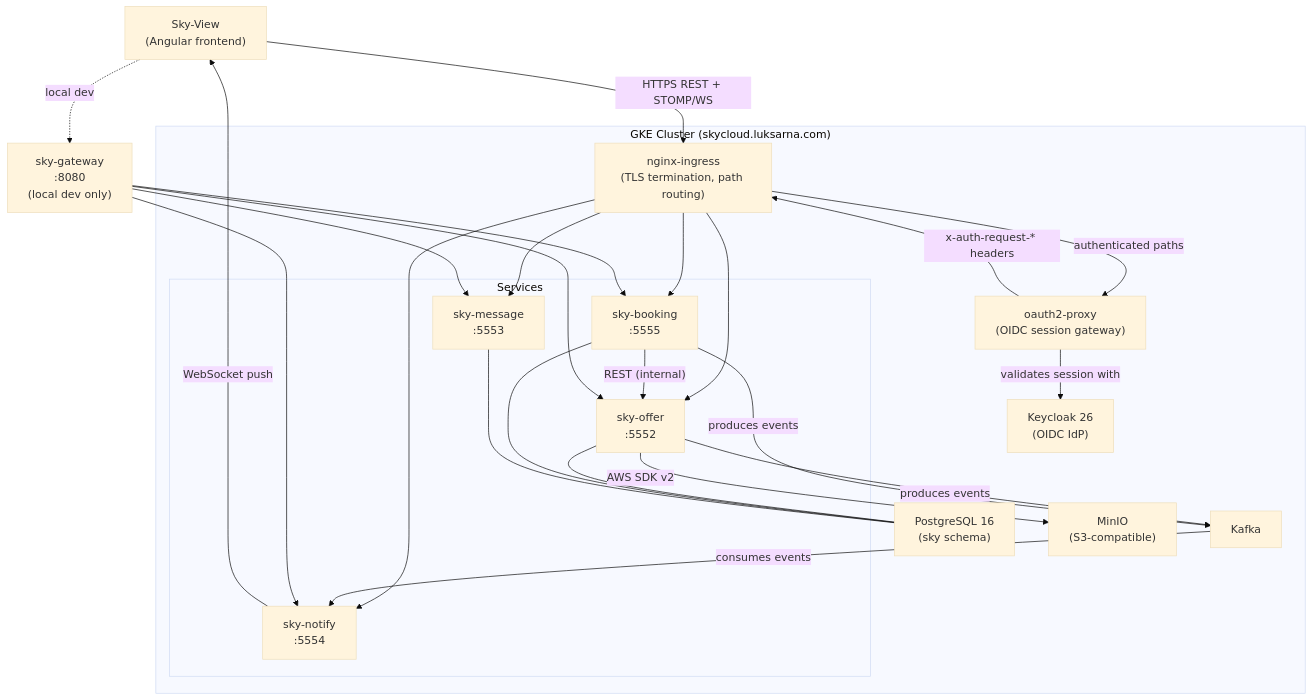
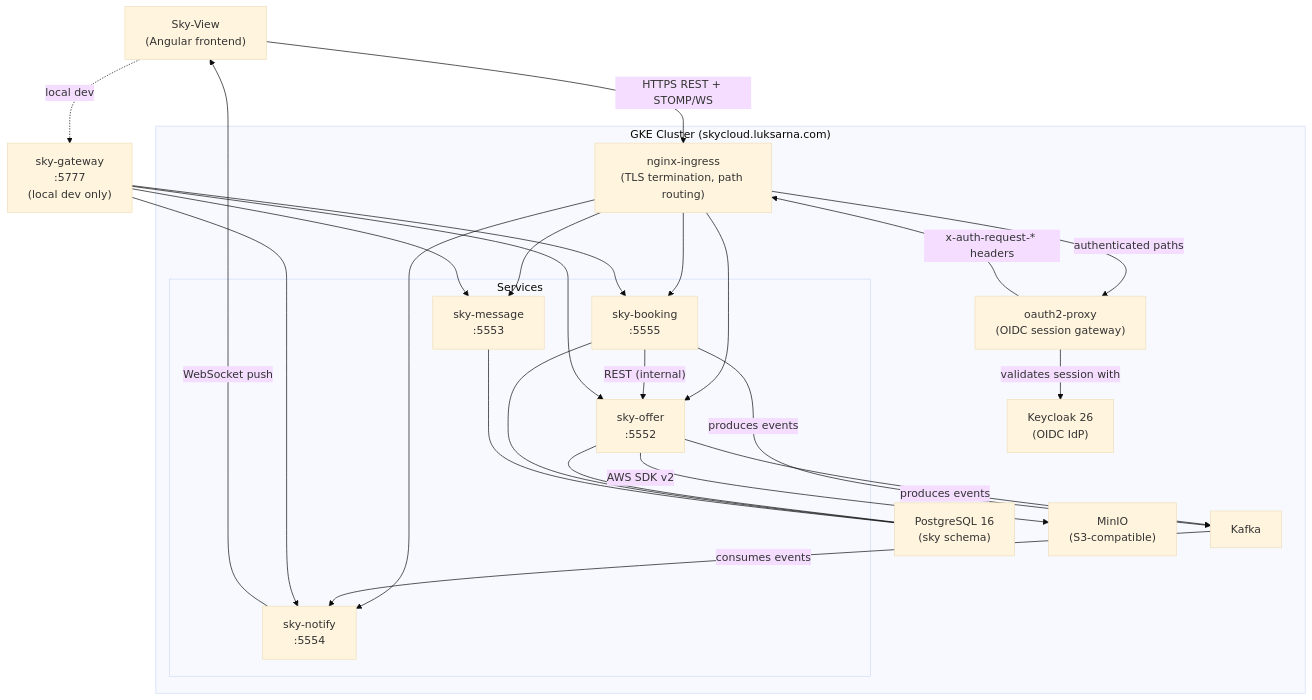
The first of 2 diagrams in README.md (Lukk17/sky), drawn with Mermaid (base theme) before and after one commit. The commit also changed other lines of this file and 6 other files, not shown here.

Commit message:
docs: gateway local port 5777, k3d setup, Keycloak URL corrections

````diff
--- a/README.md
+++ b/README.md
@@ -72,52 +72,52 @@
 ```mermaid
 graph TB
     accTitle: Sky system architecture
     accDescr: Shows the Angular frontend, nginx ingress, oauth2-proxy, five backend services, Kafka, PostgreSQL, and MinIO
 
     FE["Sky-View\n(Angular frontend)"]
 
     subgraph GKE["GKE Cluster (skycloud.luksarna.com)"]
         KC["Keycloak 26\n(OIDC IdP)"]
         GW["oauth2-proxy\n(OIDC session gateway)"]
         NGINX["nginx-ingress\n(TLS termination, path routing)"]
 
         subgraph Services["Services"]
             OFFER["sky-offer\n:5552"]
             BOOKING["sky-booking\n:5555"]
             MESSAGE["sky-message\n:5553"]
             NOTIFY["sky-notify\n:5554"]
         end
 
         KAFKA["Kafka"]
         PG["PostgreSQL 16\n(sky schema)"]
         MINIO["MinIO\n(S3-compatible)"]
     end
 
-    LOCAL["sky-gateway\n:8080\n(local dev only)"]
+    LOCAL["sky-gateway\n:5777\n(local dev only)"]
 
     FE -- "HTTPS REST + STOMP/WS" --> NGINX
     NGINX -- "authenticated paths" --> GW
     GW -- "validates session with" --> KC
     GW -- "x-auth-request-* headers" --> NGINX
     NGINX --> OFFER
     NGINX --> BOOKING
     NGINX --> MESSAGE
     NGINX --> NOTIFY
 
     OFFER -- "produces events" --> KAFKA
     BOOKING -- "produces events" --> KAFKA
     KAFKA -- "consumes events" --> NOTIFY
     NOTIFY -- "WebSocket push" --> FE
 
     OFFER --- PG
     BOOKING --- PG
     MESSAGE --- PG
     BOOKING -- "REST (internal)" --> OFFER
     OFFER -- "AWS SDK v2" --> MINIO
 
     FE -. "local dev" .-> LOCAL
     LOCAL --> OFFER
     LOCAL --> BOOKING
     LOCAL --> MESSAGE
     LOCAL --> NOTIFY
 ```
````
